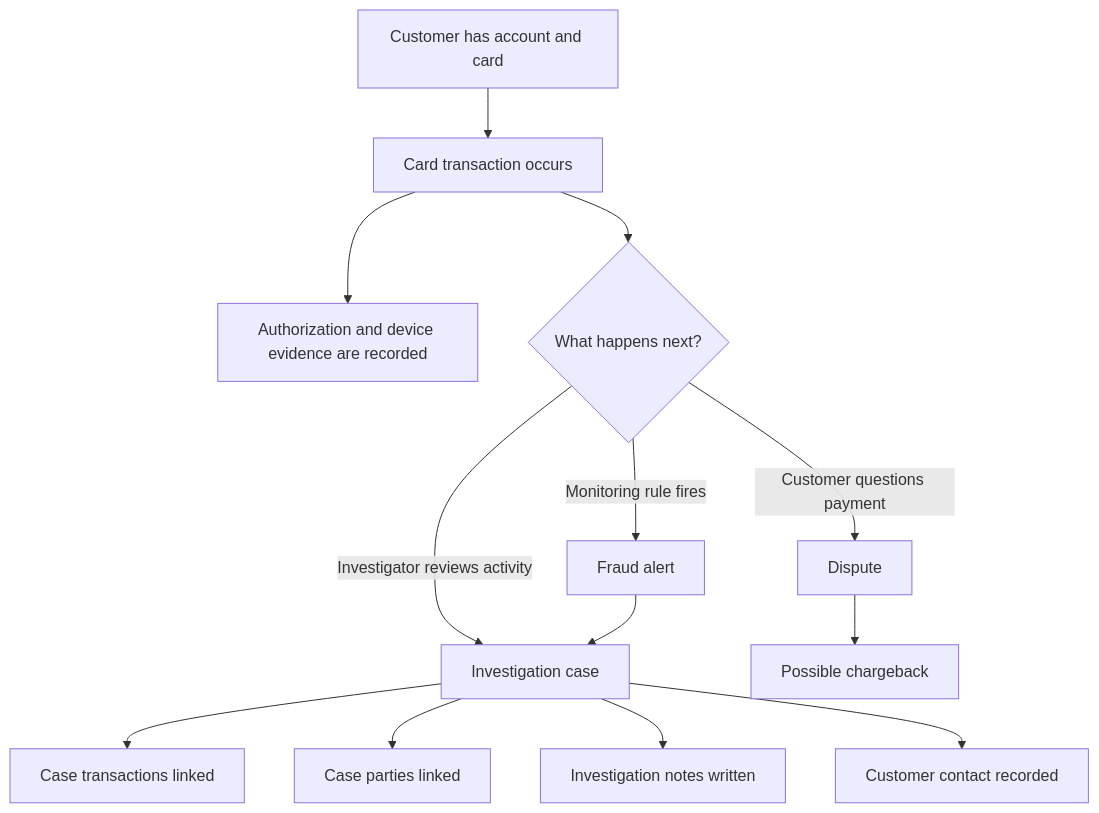
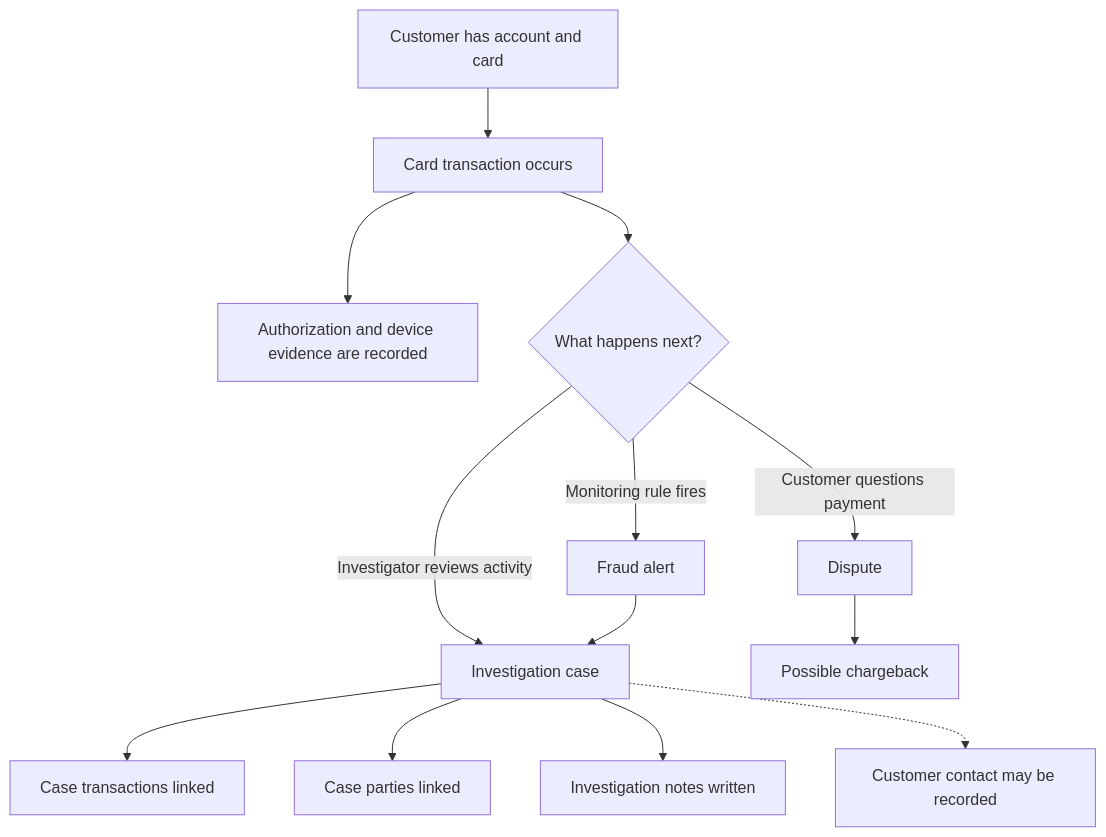
The first of 2 diagrams in deliverables/mock-data-logic-and-data-contract.md (melvin0108/Assignment-G3), drawn with Mermaid before and after one commit. The commit also changed other lines of this file and 1 other file, not shown here.

````diff
--- a/deliverables/mock-data-logic-and-data-contract.md
+++ b/deliverables/mock-data-logic-and-data-contract.md
@@ -55,15 +55,15 @@
 ```mermaid
 flowchart TD
     A[Customer has account and card] --> B[Card transaction occurs]
     B --> C[Authorization and device evidence are recorded]
     B --> D{What happens next?}
     D -->|Monitoring rule fires| E[Fraud alert]
     D -->|Customer questions payment| F[Dispute]
     D -->|Investigator reviews activity| G[Investigation case]
     E --> G
     F --> H[Possible chargeback]
     G --> I[Case transactions linked]
     G --> J[Case parties linked]
     G --> K[Investigation notes written]
-    G --> L[Customer contact recorded]
+    G -.-> L[Customer contact may be recorded]
 ```
````
